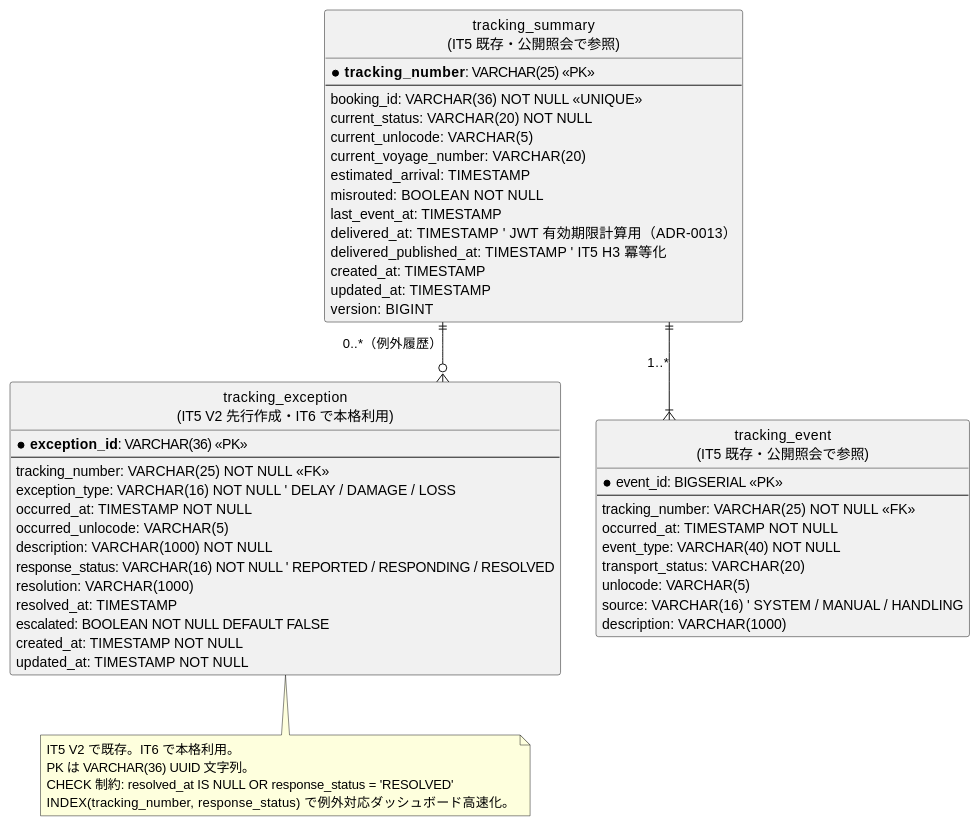
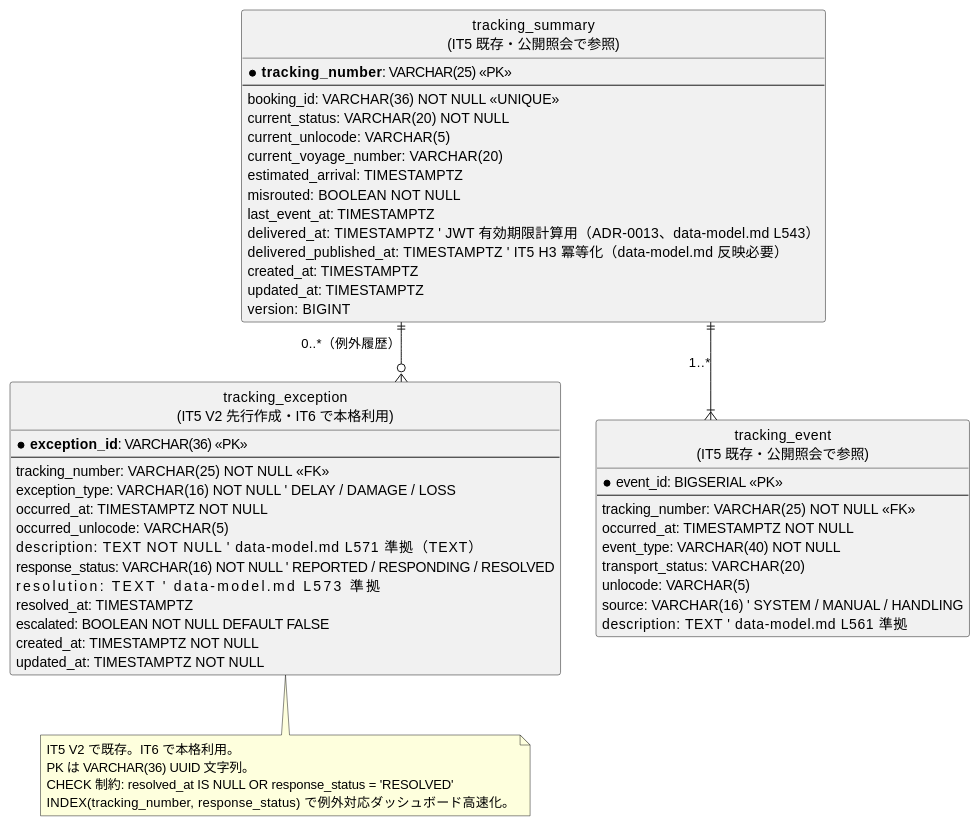
The sixth of 11 diagrams in docs/development/iteration_plan-6.md (k2works/case-study-cargo-tracker), drawn with PlantUML before and after one commit. The commit also changed other lines of this file, not shown here.

First line of the commit message:
docs(plan): IT6 計画の 2 回目整合性検証修正（ui_design / domain-model / data-model 準拠）

````diff
--- a/docs/development/iteration_plan-6.md
+++ b/docs/development/iteration_plan-6.md
@@ -372,61 +375,61 @@
 ```plantuml
 @startuml
 hide circle
 skinparam linetype ortho
 
 entity "tracking_exception\n(IT5 V2 先行作成・IT6 で本格利用)" as ex {
   * **exception_id**: VARCHAR(36) <<PK>>
   --
   tracking_number: VARCHAR(25) NOT NULL <<FK>>
   exception_type: VARCHAR(16) NOT NULL  ' DELAY / DAMAGE / LOSS
-  occurred_at: TIMESTAMP NOT NULL
+  occurred_at: TIMESTAMPTZ NOT NULL
   occurred_unlocode: VARCHAR(5)
-  description: VARCHAR(1000) NOT NULL
+  description: TEXT NOT NULL             ' data-model.md L571 準拠（TEXT）
   response_status: VARCHAR(16) NOT NULL ' REPORTED / RESPONDING / RESOLVED
-  resolution: VARCHAR(1000)
-  resolved_at: TIMESTAMP
+  resolution: TEXT                       ' data-model.md L573 準拠
+  resolved_at: TIMESTAMPTZ
   escalated: BOOLEAN NOT NULL DEFAULT FALSE
-  created_at: TIMESTAMP NOT NULL
-  updated_at: TIMESTAMP NOT NULL
+  created_at: TIMESTAMPTZ NOT NULL
+  updated_at: TIMESTAMPTZ NOT NULL
 }
 
 entity "tracking_summary\n(IT5 既存・公開照会で参照)" as ts {
   * **tracking_number**: VARCHAR(25) <<PK>>
   --
   booking_id: VARCHAR(36) NOT NULL <<UNIQUE>>
   current_status: VARCHAR(20) NOT NULL
   current_unlocode: VARCHAR(5)
   current_voyage_number: VARCHAR(20)
-  estimated_arrival: TIMESTAMP
+  estimated_arrival: TIMESTAMPTZ
   misrouted: BOOLEAN NOT NULL
-  last_event_at: TIMESTAMP
-  delivered_at: TIMESTAMP    ' JWT 有効期限計算用（ADR-0013）
-  delivered_published_at: TIMESTAMP ' IT5 H3 冪等化
-  created_at: TIMESTAMP
-  updated_at: TIMESTAMP
+  last_event_at: TIMESTAMPTZ
+  delivered_at: TIMESTAMPTZ    ' JWT 有効期限計算用（ADR-0013、data-model.md L543）
+  delivered_published_at: TIMESTAMPTZ ' IT5 H3 冪等化（data-model.md 反映必要）
+  created_at: TIMESTAMPTZ
+  updated_at: TIMESTAMPTZ
   version: BIGINT
 }
 
 entity "tracking_event\n(IT5 既存・公開照会で参照)" as te {
   * event_id: BIGSERIAL <<PK>>
   --
   tracking_number: VARCHAR(25) NOT NULL <<FK>>
-  occurred_at: TIMESTAMP NOT NULL
+  occurred_at: TIMESTAMPTZ NOT NULL
   event_type: VARCHAR(40) NOT NULL
   transport_status: VARCHAR(20)
   unlocode: VARCHAR(5)
   source: VARCHAR(16)  ' SYSTEM / MANUAL / HANDLING
-  description: VARCHAR(1000)
+  description: TEXT     ' data-model.md L561 準拠
 }
 
 ts ||--|{ te : "1..*"
 ts ||--o{ ex : "0..*（例外履歴）"
 
 note bottom of ex
   IT5 V2 で既存。IT6 で本格利用。
   PK は VARCHAR(36) UUID 文字列。
   CHECK 制約: resolved_at IS NULL OR response_status = 'RESOLVED'
   INDEX(tracking_number, response_status) で例外対応ダッシュボード高速化。
 end note
 @enduml
 ```
````
